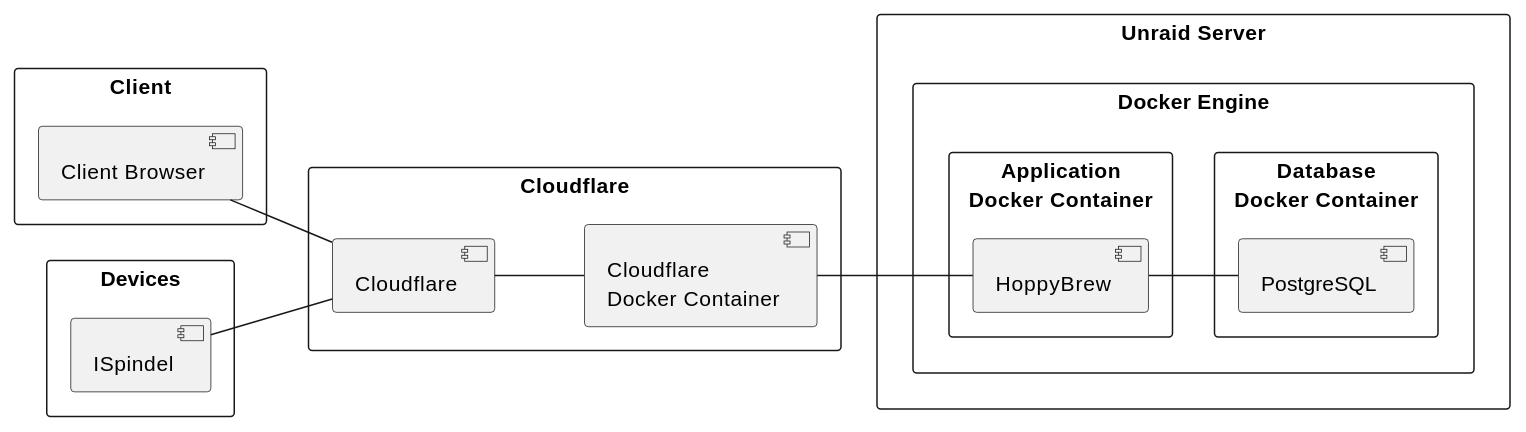
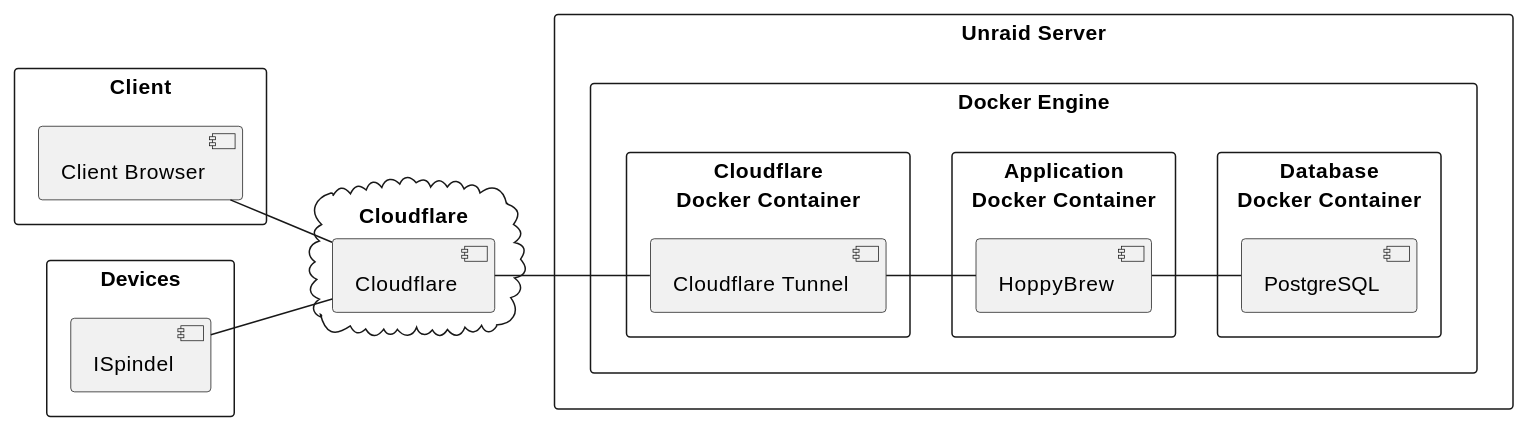
One commit to asbor/iu-project-software-engineering changed the fifth of 5 diagrams in documents/01-Conception-Phase/00-HoppyBrew.md. Above: the diagram before and after it, drawn with PlantUML. The commit also changed 3 other files, not shown here.

```diff
--- a/documents/01-Conception-Phase/00-HoppyBrew.md
+++ b/documents/01-Conception-Phase/00-HoppyBrew.md
@@ -565,39 +565,40 @@
 @startuml 05-black-box-overall-system
 
 left to right direction
 
 rectangle "Client" {
     component "Client Browser" as client_browser
 }
 
 rectangle "Devices" {
     component "ISpindel" as iSpindel
 }
 
 cloud "Cloudflare" {
     component "Cloudflare" as cloudflare
 }
 rectangle "Unraid Server" {
     rectangle "Docker Engine" {
-        rectangle "Cloudflare" {
-            component "Cloudflare\nDocker Container" as cloudflareTunnel
+
+        rectangle "Cloudflare\nDocker Container" {
+            component "Cloudflare Tunnel" as cloudflareTunnel
         }
 
         rectangle "Application\nDocker Container" {
             component "HoppyBrew" as hoppybrew
         }
 
         rectangle "Database\nDocker Container" {
             component "PostgreSQL" as postgres
         }
     }
 }
 
 
 client_browser -- cloudflare
 iSpindel -- cloudflare
 cloudflare -- cloudflareTunnel
 cloudflareTunnel -- hoppybrew
 hoppybrew -- postgres
 
 @enduml
```
